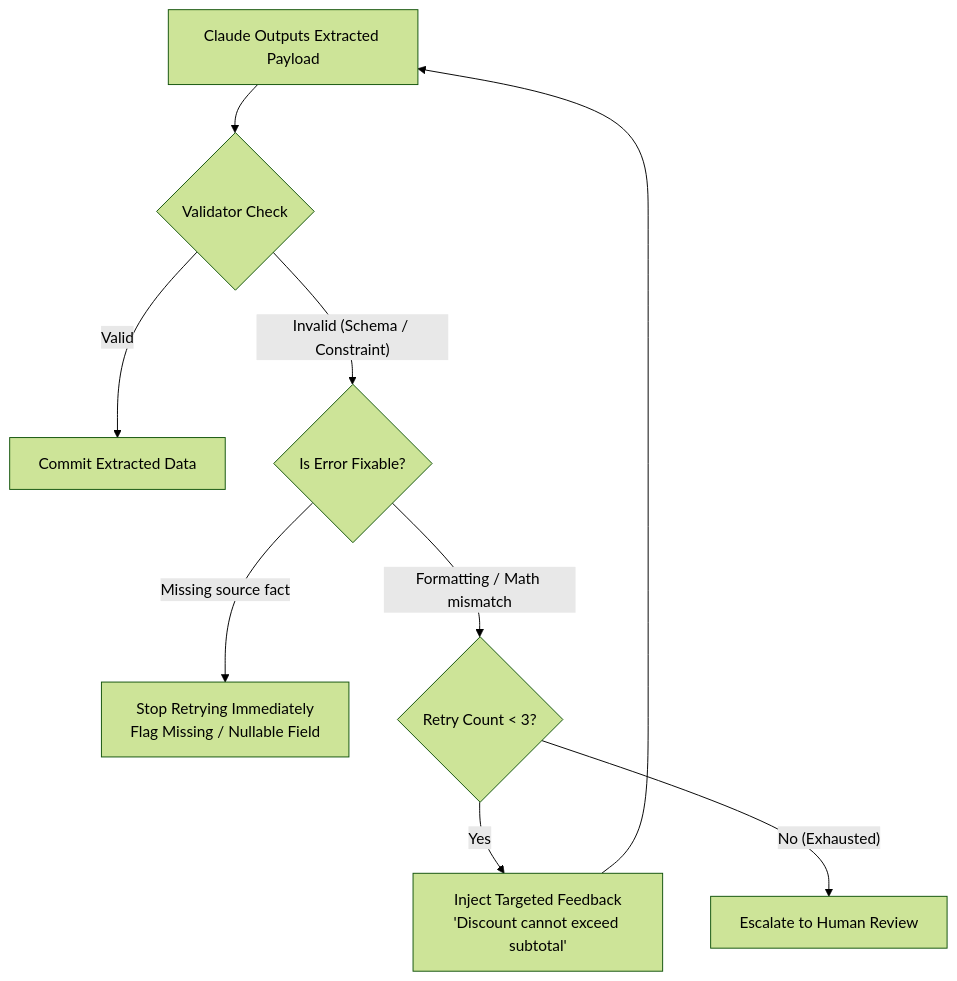
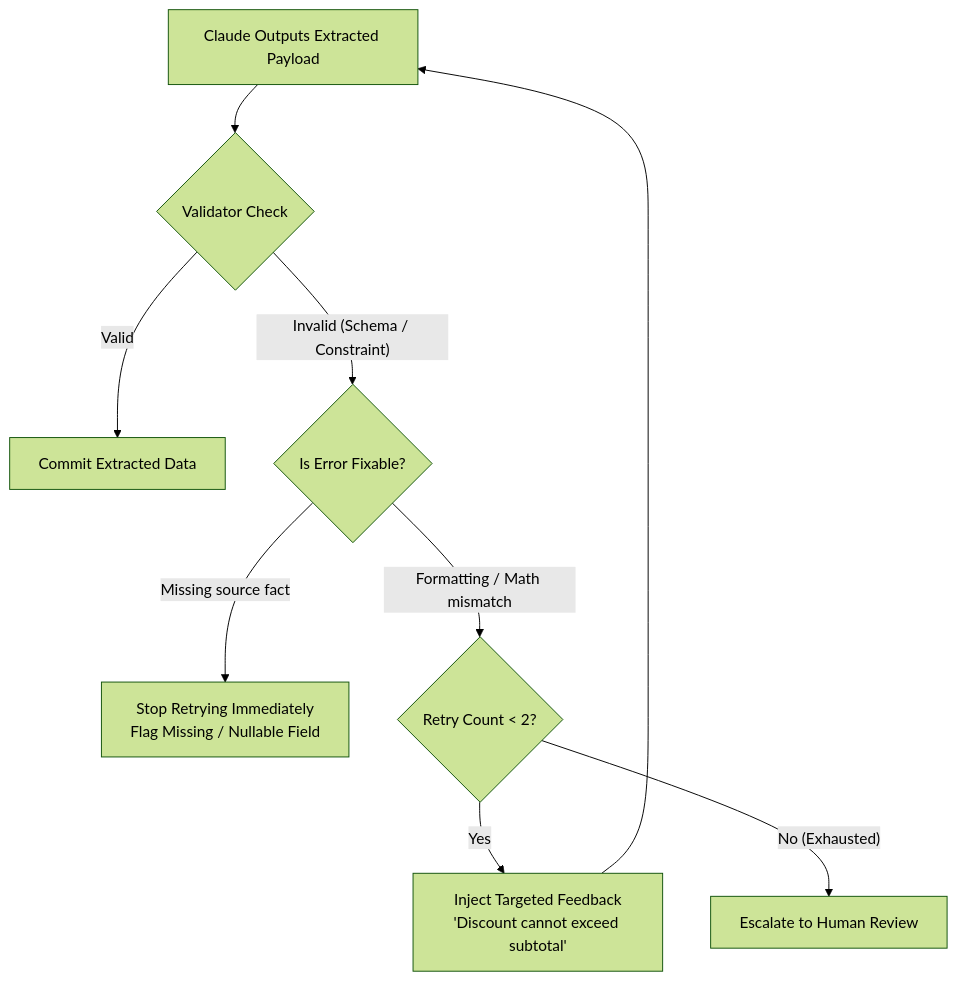
Before and after one commit to dip4k/claude_cert_architect_foundation_prep: the diagram in domain4/ts_4_4_validation_retry_feedback/README.md, drawn with Mermaid (forest theme). The commit also changed other lines of this file and 59 other files, not shown here.

````diff
--- a/domain4/ts_4_4_validation_retry_feedback/README.md
+++ b/domain4/ts_4_4_validation_retry_feedback/README.md
@@ -10,17 +68,17 @@
 ```mermaid
 flowchart TD
     Extracted["Claude Outputs Extracted Payload"] --> Validator{"Validator Check"}
     
     Validator -->|"Valid"| Success["Commit Extracted Data"]
     
     Validator -->|"Invalid (Schema / Constraint)"| ErrorType{"Is Error Fixable?"}
     
     ErrorType -->|"Missing source fact"| FastFail["Stop Retrying Immediately<br>Flag Missing / Nullable Field"]
     
-    ErrorType -->|"Formatting / Math mismatch"| RetryCount{"Retry Count < 3?"}
+    ErrorType -->|"Formatting / Math mismatch"| RetryCount{"Retry Count < 2?"}
     
     RetryCount -->|"Yes"| FeedBack["Inject Targeted Feedback<br>'Discount cannot exceed subtotal'"]
     FeedBack --> Extracted
     
     RetryCount -->|"No (Exhausted)"| Fallback["Escalate to Human Review"]
 ```
````
